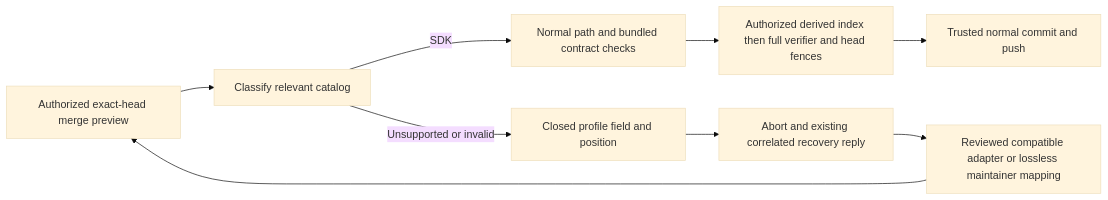
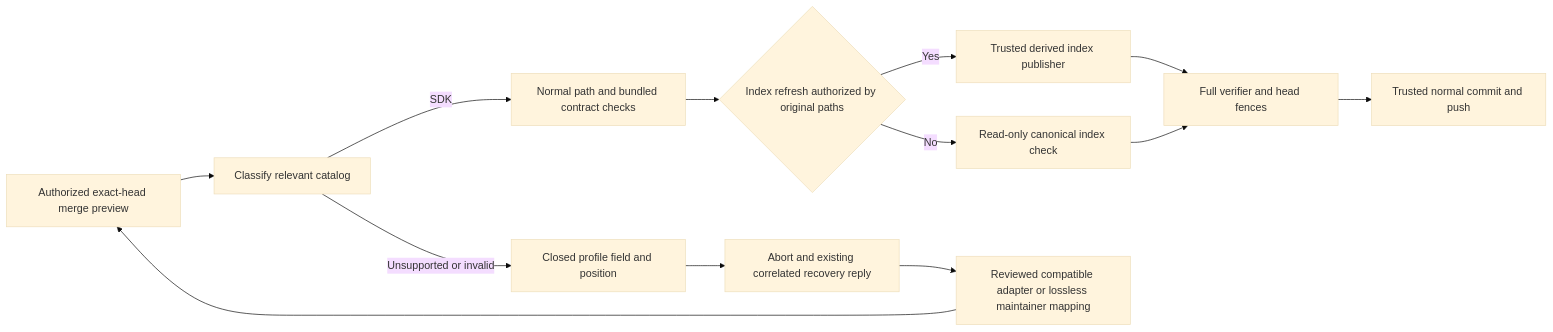
The third of 3 diagrams in specs/branch-synchronization-and-conflict-recovery.md (vypdev/copilot), drawn with Mermaid (base theme) before and after one commit. The commit also changed other lines of this file and 10 other files, not shown here.

Commit message:
bugfix-779-branch-sync-rejects-legacy-evidence-catalogs-as-evidence-shape-before-compatibility-diagnosis: validate JSON-only catalog merges without index writes (#779)

```diff
--- a/specs/branch-synchronization-and-conflict-recovery.md
+++ b/specs/branch-synchronization-and-conflict-recovery.md
@@ -1164,11 +1189,15 @@
 ~~~mermaid
 flowchart LR
     A[Authorized exact-head merge preview] --> P[Classify relevant catalog]
     P -->|SDK| V[Normal path and bundled contract checks]
-    V --> I[Authorized derived index then full verifier and head fences]
-    I --> C[Trusted normal commit and push]
+    V --> W{Index refresh authorized by original paths}
+    W -->|Yes| I[Trusted derived index publisher]
+    W -->|No| J[Read-only canonical index check]
+    I --> F[Full verifier and head fences]
+    J --> F
+    F --> C[Trusted normal commit and push]
     P -->|Unsupported or invalid| D[Closed profile field and position]
     D --> B[Abort and existing correlated recovery reply]
     B --> R[Reviewed compatible adapter or lossless maintainer mapping]
     R --> A
 ~~~
```
